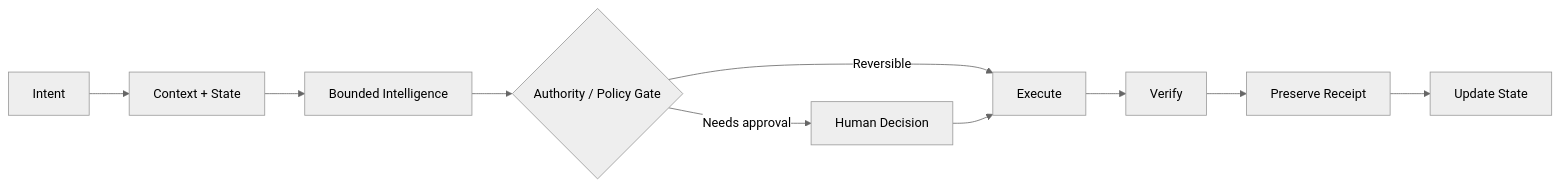
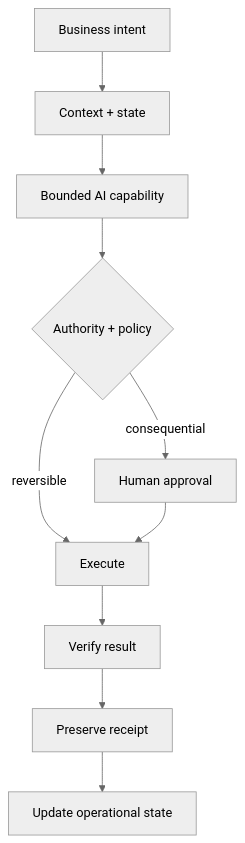
One commit to lpssovereign/Lalo-Pacheco-Sanchez---Architecture changed the first of 2 diagrams in README.md. Above: the diagram before and after it, drawn with Mermaid (neutral theme). The commit also changed other lines of this file and 3 other files, not shown here.

First line of the commit message:
Make architecture portfolio recruiter-ready

````diff
--- a/README.md
+++ b/README.md
@@ -56,12 +55,12 @@
 ```mermaid
-flowchart LR
-    I[Intent] --> C[Context + State]
-    C --> R[Bounded Intelligence]
-    R --> G{Authority / Policy Gate}
-    G -->|Reversible| X[Execute]
-    G -->|Needs approval| H[Human Decision]
-    H --> X
-    X --> V[Verify]
-    V --> P[Preserve Receipt]
-    P --> S[Update State]
+flowchart TD
+    I[Business intent] --> C[Context + state]
+    C --> B[Bounded AI capability]
+    B --> G{Authority + policy}
+    G -->|reversible| E[Execute]
+    G -->|consequential| H[Human approval]
+    H --> E
+    E --> V[Verify result]
+    V --> R[Preserve receipt]
+    R --> U[Update operational state]
 ```
````
